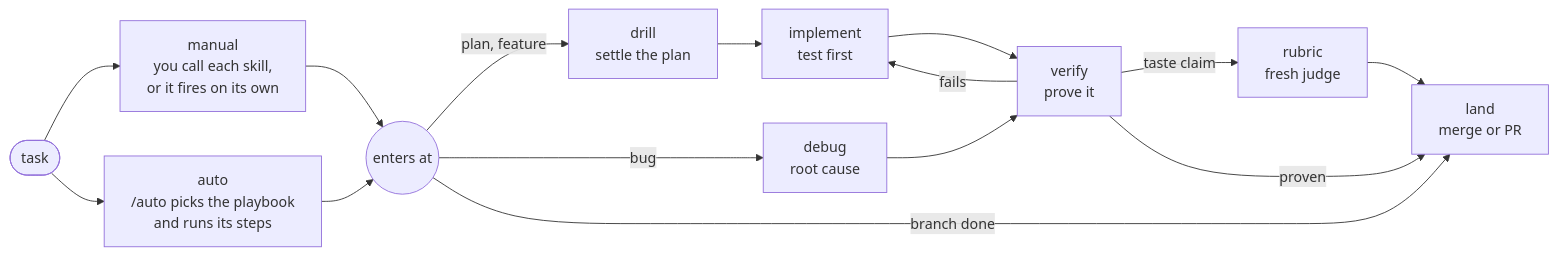
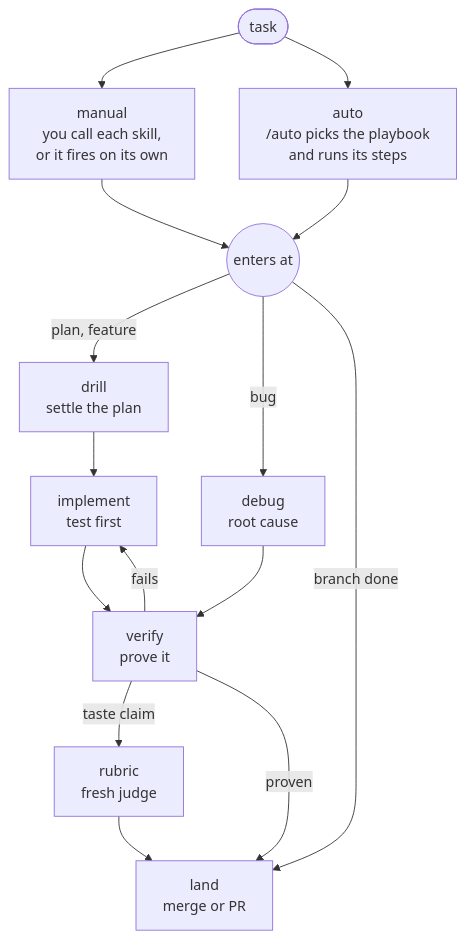
Before and after one commit to pwguler/skills: the diagram in README.md, drawn with Mermaid.

Commit message:
readme: draw the loop top to bottom

````diff
--- a/README.md
+++ b/README.md
@@ -53,17 +53,17 @@
 ```mermaid
-flowchart LR
+flowchart TD
     task([task]) --> manual["manual<br/>you call each skill,<br/>or it fires on its own"]
     task --> auto["auto<br/>/auto picks the playbook<br/>and runs its steps"]
     manual --> enter(("enters at"))
     auto --> enter
     enter -- "plan, feature" --> drill["drill<br/>settle the plan"]
     enter -- "bug" --> debug["debug<br/>root cause"]
     enter -- "branch done" --> land
     drill --> implement["implement<br/>test first"]
     implement --> verify["verify<br/>prove it"]
     verify -- "fails" --> implement
     verify -- "taste claim" --> rubric["rubric<br/>fresh judge"]
     rubric --> land["land<br/>merge or PR"]
     verify -- "proven" --> land
     debug --> verify
 ```
````
